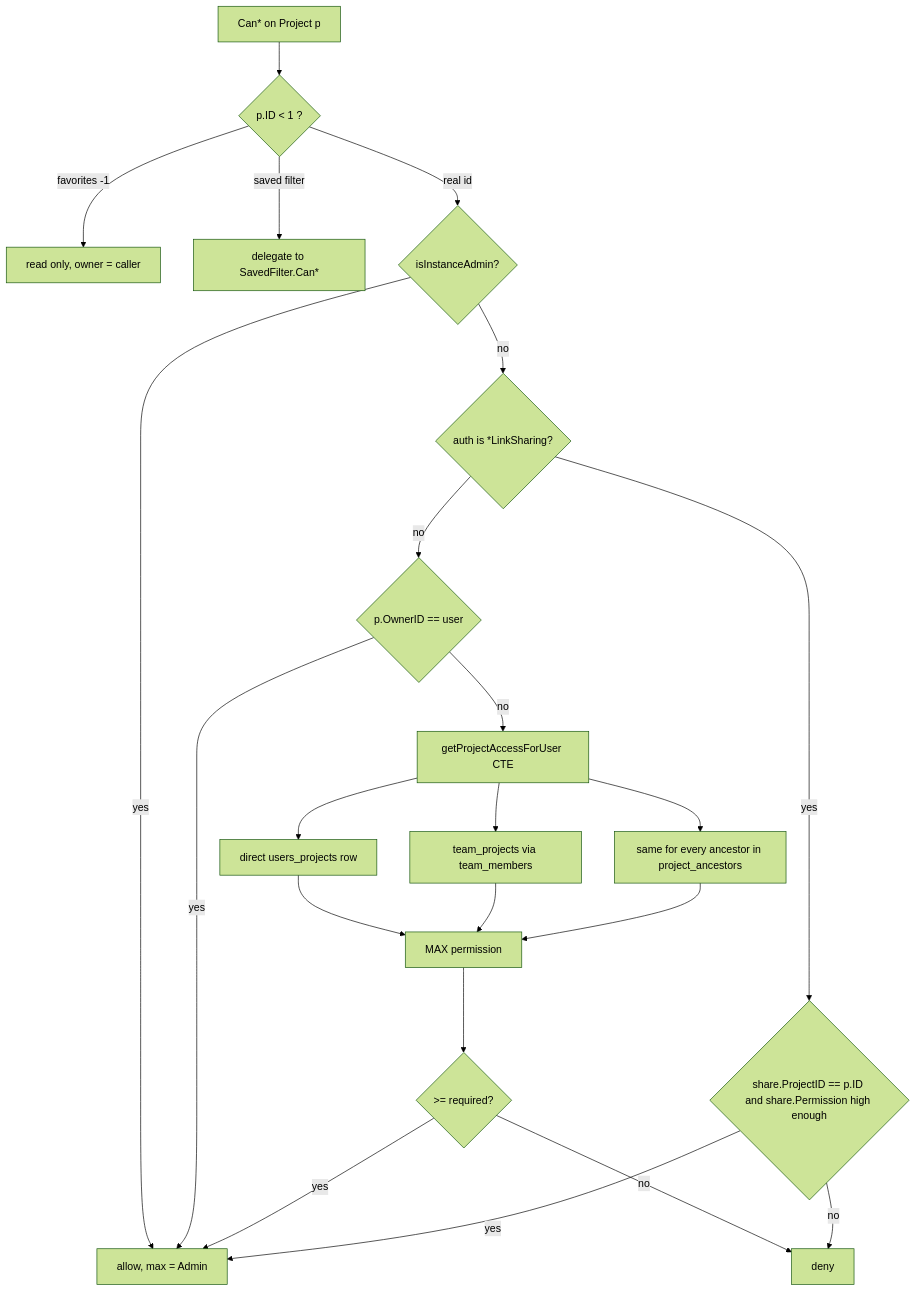
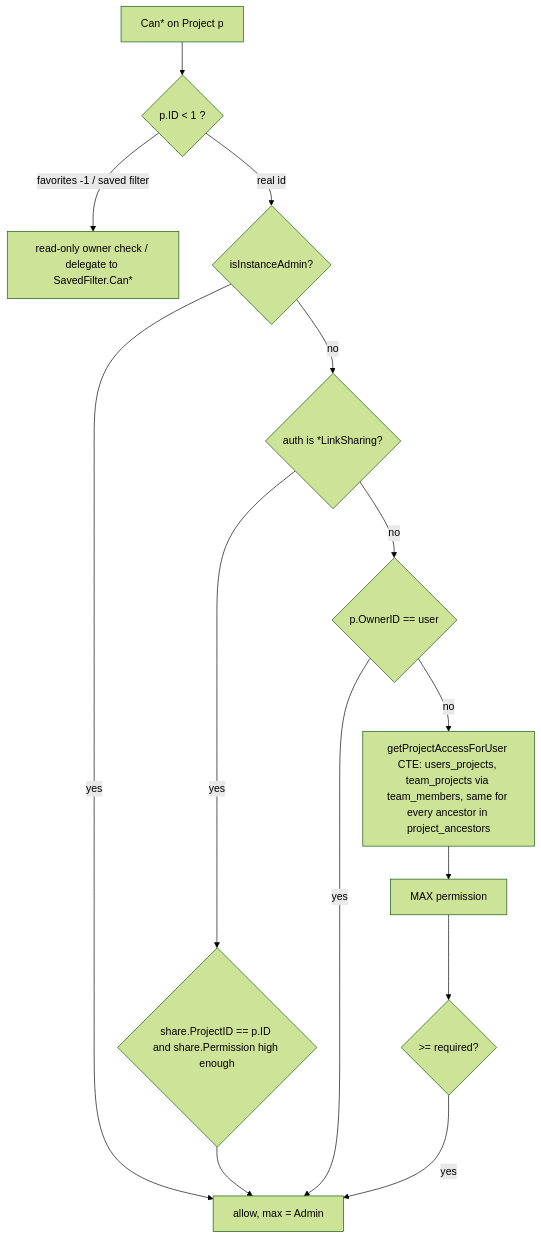
Before and after one commit to talbama/vikunja-port: the diagram in .agents/wiki/components/backend/models-projects-and-permissions.md, drawn with Mermaid (forest theme). The commit also changed 57 other files, not shown here.

````diff
--- a/.agents/wiki/components/backend/models-projects-and-permissions.md
+++ b/.agents/wiki/components/backend/models-projects-and-permissions.md
@@ -48,22 +48,12 @@
 ```mermaid
 flowchart TD
     A[Can* on Project p] --> B{p.ID < 1 ?}
-    B -- favorites -1 --> F[read only, owner = caller]
-    B -- saved filter --> SF[delegate to SavedFilter.Can*]
+    B -- favorites -1 / saved filter --> F[read-only owner check / delegate to SavedFilter.Can*]
     B -- real id --> C{isInstanceAdmin?}
     C -- yes --> Y[allow, max = Admin]
     C -- no --> D{auth is *LinkSharing?}
-    D -- yes --> L{share.ProjectID == p.ID and share.Permission high enough}
-    D -- no --> O{p.OwnerID == user}
-    O -- yes --> Y
-    O -- no --> G[getProjectAccessForUser CTE]
-    G --> G1[direct users_projects row]
-    G --> G2[team_projects via team_members]
-    G --> G3[same for every ancestor in project_ancestors]
-    G1 & G2 & G3 --> M[MAX permission]
-    M --> R{>= required?}
-    R -- yes --> Y
-    R -- no --> N[deny]
-    L -- yes --> Y
-    L -- no --> N
+    D -- yes --> L{share.ProjectID == p.ID and share.Permission high enough} --> Y
+    D -- no --> O{p.OwnerID == user} -- yes --> Y
+    O -- no --> G[getProjectAccessForUser CTE: users_projects, team_projects via team_members, same for every ancestor in project_ancestors]
+    G --> M[MAX permission] --> R{>= required?} -- yes --> Y
 ```
````
